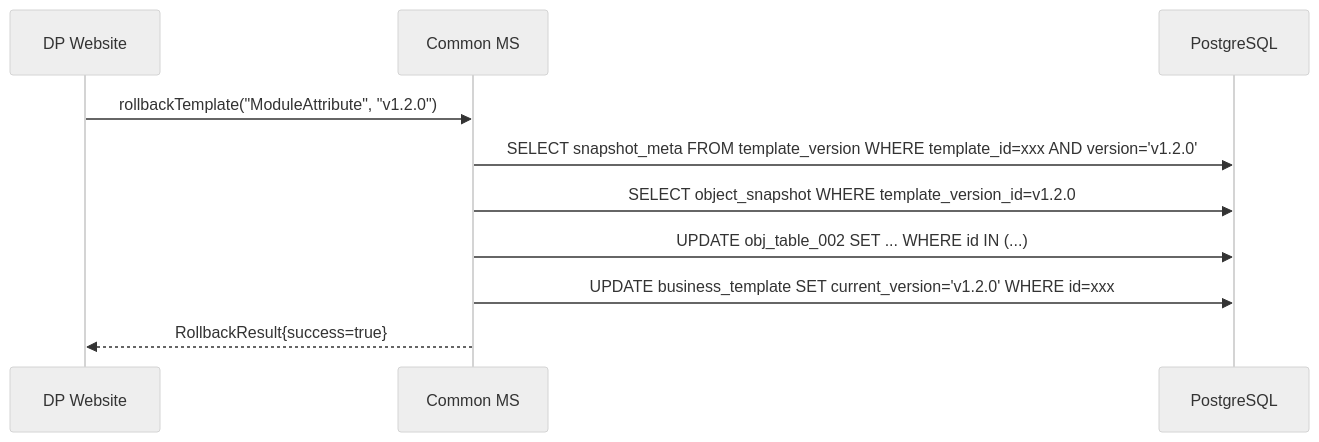
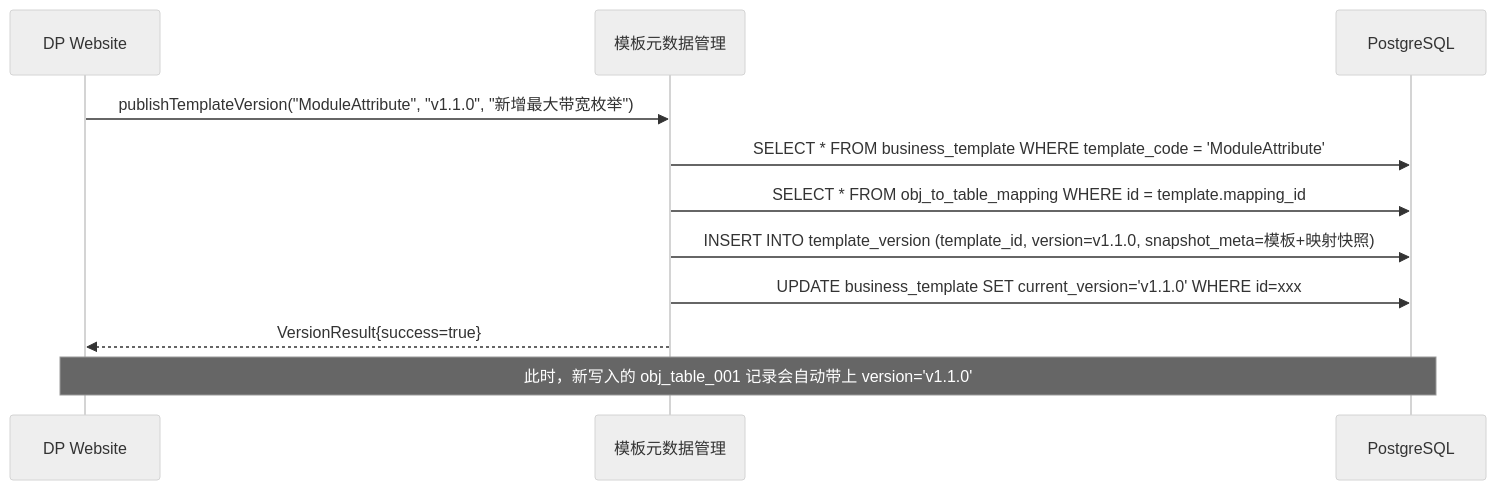
One commit to goflyboy/digitalproduct changed the third of 4 diagrams in docs/adr/RFC-003-数据通用维护服务-通用对象表映射机制.md. Above: the diagram before and after it, drawn with Mermaid (neutral theme). The commit also changed other lines of this file and 2 other files, not shown here.

````diff
--- a/docs/adr/RFC-003-数据通用维护服务-通用对象表映射机制.md
+++ b/docs/adr/RFC-003-数据通用维护服务-通用对象表映射机制.md
@@ -401,13 +371,14 @@
 ```mermaid
 sequenceDiagram
     participant DP as DP Website
-    participant MS as Common MS
+    participant TM as 模板元数据管理
     participant PG as PostgreSQL
 
-    DP->>MS: rollbackTemplate("ModuleAttribute", "v1.2.0")
-    MS->>PG: SELECT snapshot_meta FROM template_version WHERE template_id=xxx AND version='v1.2.0'
-    MS->>PG: SELECT object_snapshot WHERE template_version_id=v1.2.0
-    MS->>PG: UPDATE obj_table_002 SET ... WHERE id IN (...)
-    MS->>PG: UPDATE business_template SET current_version='v1.2.0' WHERE id=xxx
-    MS-->>DP: RollbackResult{success=true}
+    DP->>TM: publishTemplateVersion("ModuleAttribute", "v1.1.0", "新增最大带宽枚举")
+    TM->>PG: SELECT * FROM business_template WHERE template_code = 'ModuleAttribute'
+    TM->>PG: SELECT * FROM obj_to_table_mapping WHERE id = template.mapping_id
+    TM->>PG: INSERT INTO template_version (template_id, version=v1.1.0, snapshot_meta=模板+映射快照)
+    TM->>PG: UPDATE business_template SET current_version='v1.1.0' WHERE id=xxx
+    TM-->>DP: VersionResult{success=true}
+    Note over DP,PG: 此时，新写入的 obj_table_001 记录会自动带上 version='v1.1.0'
 ```
````
